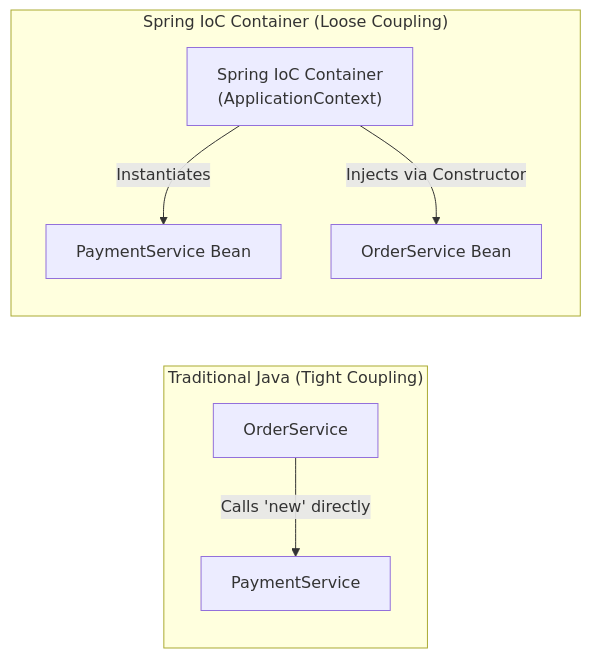
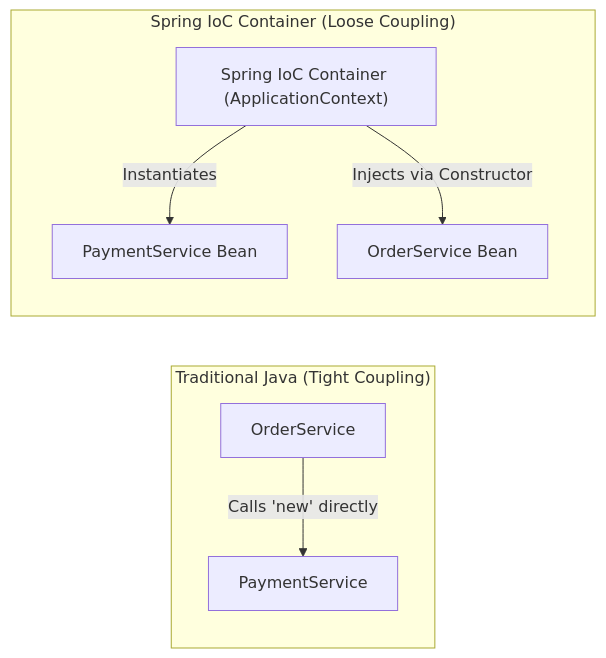
The first of 23 diagrams in 06-Java-and-Spring-Boot/Spring Boot Interview Guide.md (rohithgowda18/Notes), drawn with Mermaid before and after one commit. The commit also changed other lines of this file, not shown here.

Commit message:
revert(spring-boot): restore guide to commit 2ed1591

````diff
--- a/06-Java-and-Spring-Boot/Spring Boot Interview Guide.md
+++ b/06-Java-and-Spring-Boot/Spring Boot Interview Guide.md
@@ -68,12 +68,12 @@
 ```mermaid
 flowchart LR
     subgraph TraditionalJava ["Traditional Java (Tight Coupling)"]
-        A["OrderService"] -->|"Calls 'new' directly"| B["PaymentService"]
+        A["OrderService"] -->|Calls 'new' directly| B["PaymentService"]
     end
 
     subgraph SpringIoC ["Spring IoC Container (Loose Coupling)"]
-        Container["Spring IoC Container<br/>(ApplicationContext)"]
-        Container -->|"Instantiates"| P["PaymentService Bean"]
-        Container -->|"Injects via Constructor"| O["OrderService Bean"]
+        Container["Spring IoC Container (ApplicationContext)"]
+        Container -->|Instantiates| P["PaymentService Bean"]
+        Container -->|Injects via Constructor| O["OrderService Bean"]
     end
 ```
````
